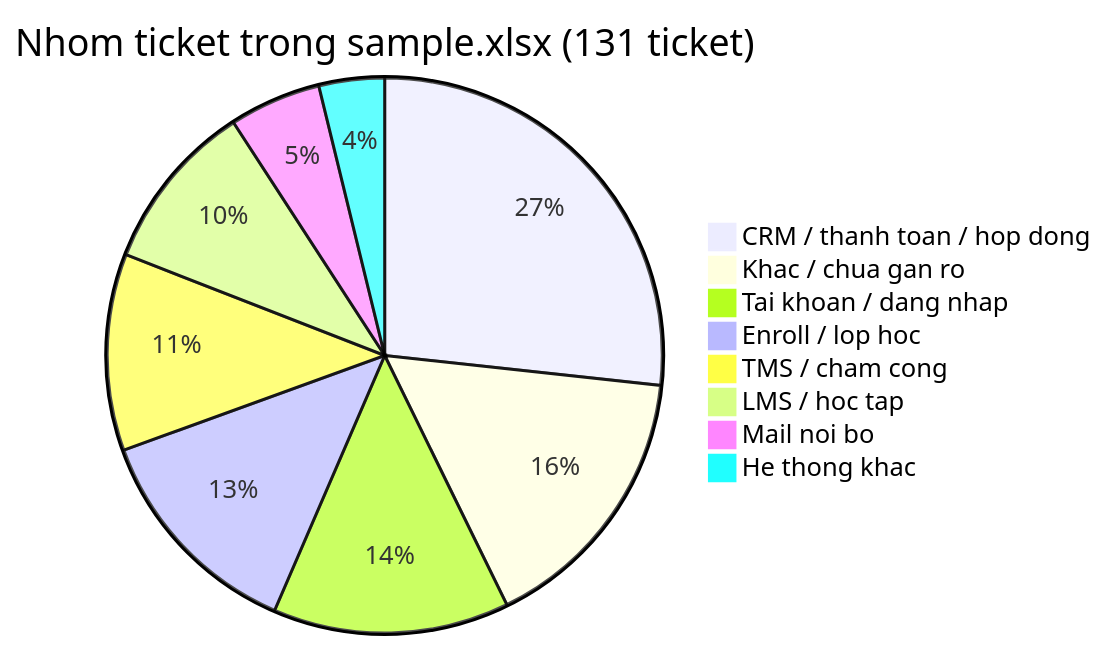
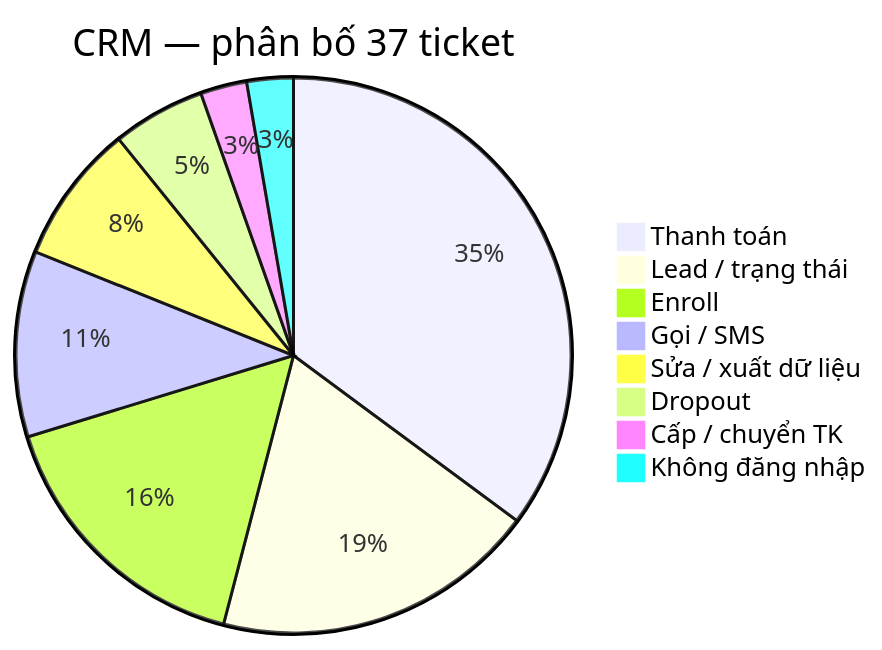
The third of 9 diagrams in Week5/login-ticket-automation/report/PATTERN_REPORT.md (Ductahe170028/All-submit-Mindx), drawn with Mermaid before and after one commit. The commit also changed other lines of this file, not shown here.

````diff
--- a/Week5/login-ticket-automation/report/PATTERN_REPORT.md
+++ b/Week5/login-ticket-automation/report/PATTERN_REPORT.md
@@ -76,11 +59,11 @@
 ```mermaid
-pie title Nhom ticket trong sample.xlsx (131 ticket)
-  "CRM / thanh toan / hop dong" : 35
-  "Khac / chua gan ro" : 21
-  "Tai khoan / dang nhap" : 18
-  "Enroll / lop hoc" : 17
-  "TMS / cham cong" : 15
-  "LMS / hoc tap" : 13
-  "Mail noi bo" : 7
-  "He thong khac" : 5
+pie title CRM — phân bố 37 ticket
+  "Thanh toán" : 13
+  "Lead / trạng thái" : 7
+  "Enroll" : 6
+  "Gọi / SMS" : 4
+  "Sửa / xuất dữ liệu" : 3
+  "Dropout" : 2
+  "Cấp / chuyển TK" : 1
+  "Không đăng nhập" : 1
 ```
````
